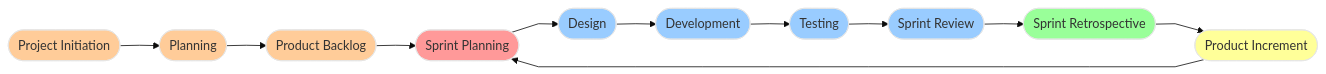
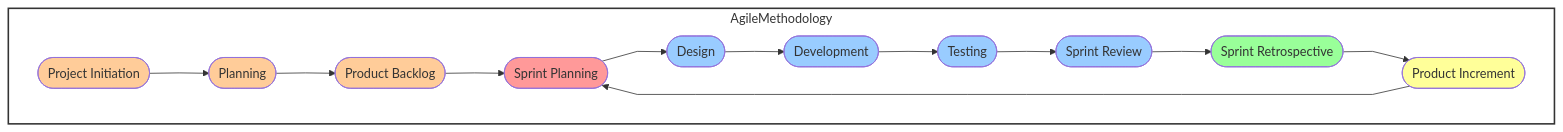
One commit to FarisAlmutairi305/DirectoryStructures305 changed the first of 5 diagrams in README.md. Above: the diagram before and after it, drawn with Mermaid.

````diff
--- a/README.md
+++ b/README.md
@@ -2,26 +2,32 @@
 ```mermaid
-%%{ init: { 'theme': 'base', 'themeVariables': { 'primaryColor': '#FFFFFF', 'edgeLabelBackground':'#ffffff', 'tertiaryColor': '#ffffff' }, 'flowchart': { 'curve': 'linear', 'direction': 'LR' } } }%%
+%%{ init: { 'flowchart': { 'curve': 'linear', 'direction': 'LR' } } }%%
 flowchart LR
-    Start([Project Initiation]) --> Planning([Planning])
-    Planning --> Backlog([Product Backlog])
-    Backlog --> SprintPlanning([Sprint Planning])
-    SprintPlanning --> Design([Design])
-    Design --> Development([Development])
-    Development --> Testing([Testing])
-    Testing --> Review([Sprint Review])
-    Review --> Retrospective([Sprint Retrospective])
-    Retrospective --> Increment([Product Increment])
-    Increment --> SprintPlanning
+    subgraph AgileMethodology
+        direction LR
+        style AgileMethodology fill:#ffffff,stroke:#333,stroke-width:2px
+
+        Start([Project Initiation]) --> Planning([Planning])
+        Planning --> Backlog([Product Backlog])
+        Backlog --> SprintPlanning([Sprint Planning])
+        SprintPlanning --> Design([Design])
+        Design --> Development([Development])
+        Development --> Testing([Testing])
+        Testing --> Review([Sprint Review])
+        Review --> Retrospective([Sprint Retrospective])
+        Retrospective --> Increment([Product Increment])
+        Increment --> SprintPlanning
+    end
 
     style Start fill:#FFCC99
     style Planning fill:#FFCC99
     style Backlog fill:#FFCC99
     style SprintPlanning fill:#FF9999
     style Design fill:#99CCFF
     style Development fill:#99CCFF
     style Testing fill:#99CCFF
     style Review fill:#99CCFF
     style Retrospective fill:#99FF99
     style Increment fill:#FFFF99
 
+
 ```
````
